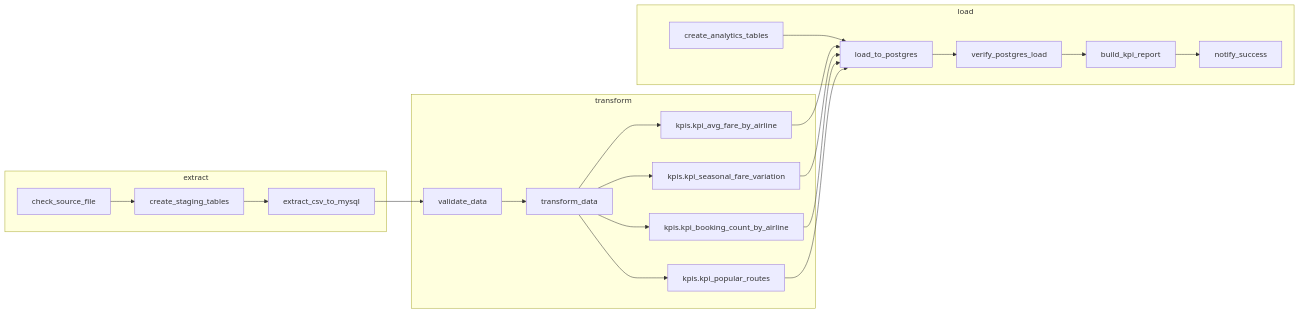
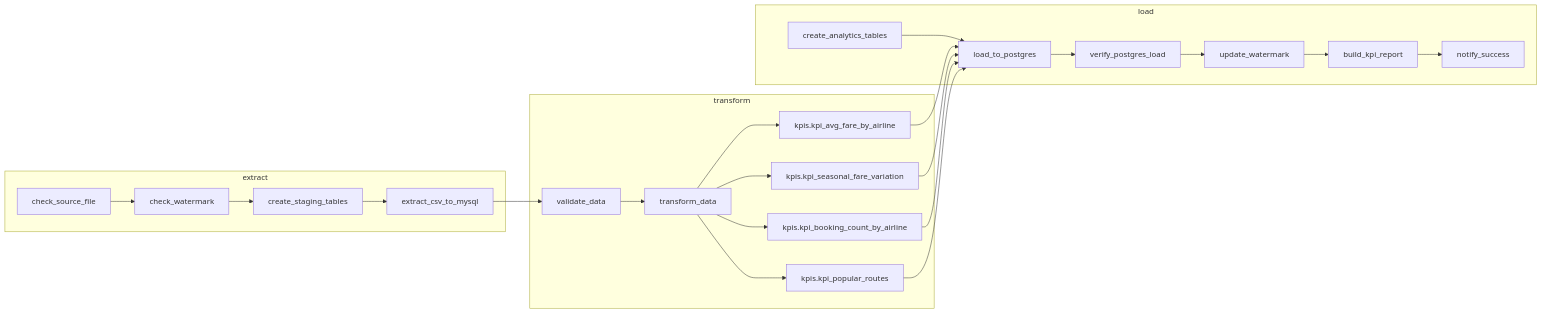
One commit to U-justine/amalitech-data-engineering changed the second of 2 diagrams in docs/REPORT.md. Above: the diagram before and after it, drawn with Mermaid. The commit also changed other lines of this file and 9 other files, not shown here.

Commit message:
feat(watermark): skip the run when the source file hasn't changed

````diff
--- a/docs/REPORT.md
+++ b/docs/REPORT.md
@@ -77,18 +77,18 @@
 ```mermaid
 flowchart LR
     subgraph E[extract]
-        A[check_source_file] --> B[create_staging_tables] --> C[extract_csv_to_mysql]
+        A[check_source_file] --> W[check_watermark] --> B[create_staging_tables] --> C[extract_csv_to_mysql]
     end
     subgraph T[transform]
         D[validate_data] --> F[transform_data]
         F --> G1[kpis.kpi_avg_fare_by_airline]
         F --> G2[kpis.kpi_seasonal_fare_variation]
         F --> G3[kpis.kpi_booking_count_by_airline]
         F --> G4[kpis.kpi_popular_routes]
     end
     subgraph L[load]
-        H0[create_analytics_tables] --> H[load_to_postgres] --> I[verify_postgres_load] --> R[build_kpi_report] --> J[notify_success]
+        H0[create_analytics_tables] --> H[load_to_postgres] --> I[verify_postgres_load] --> U[update_watermark] --> R[build_kpi_report] --> J[notify_success]
     end
     C --> D
     G1 & G2 & G3 & G4 --> H
 ```
````
